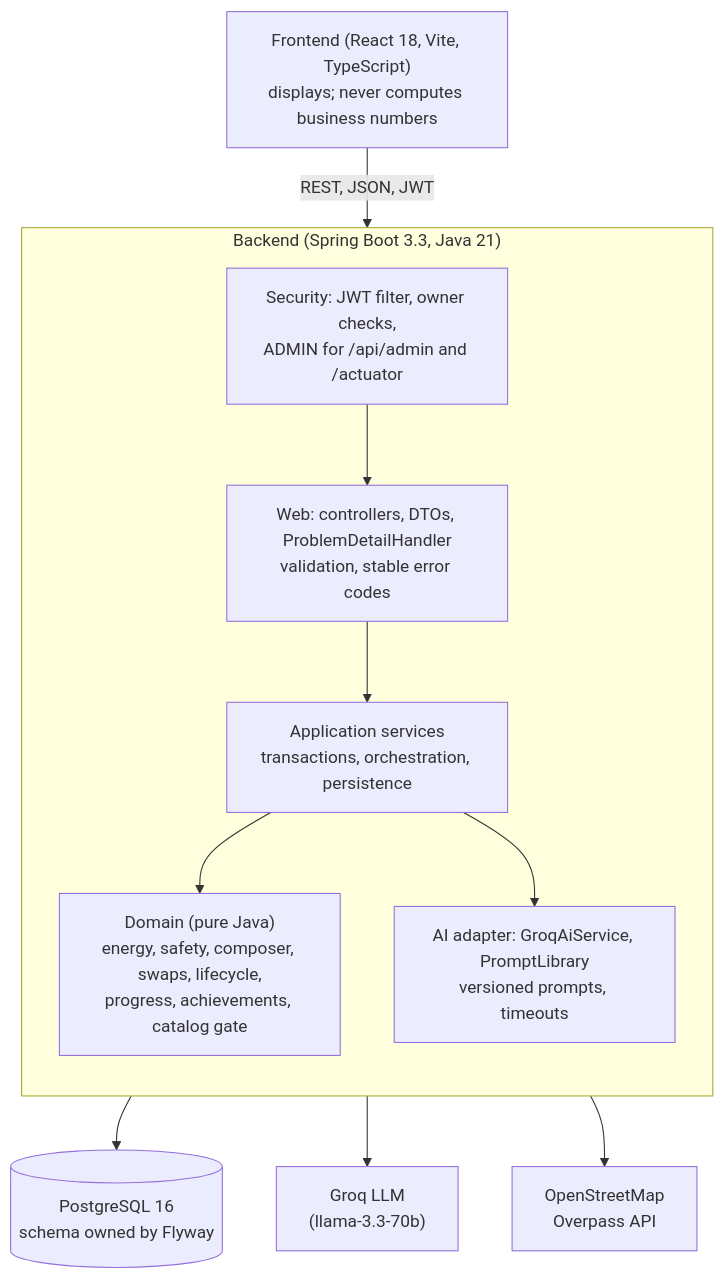
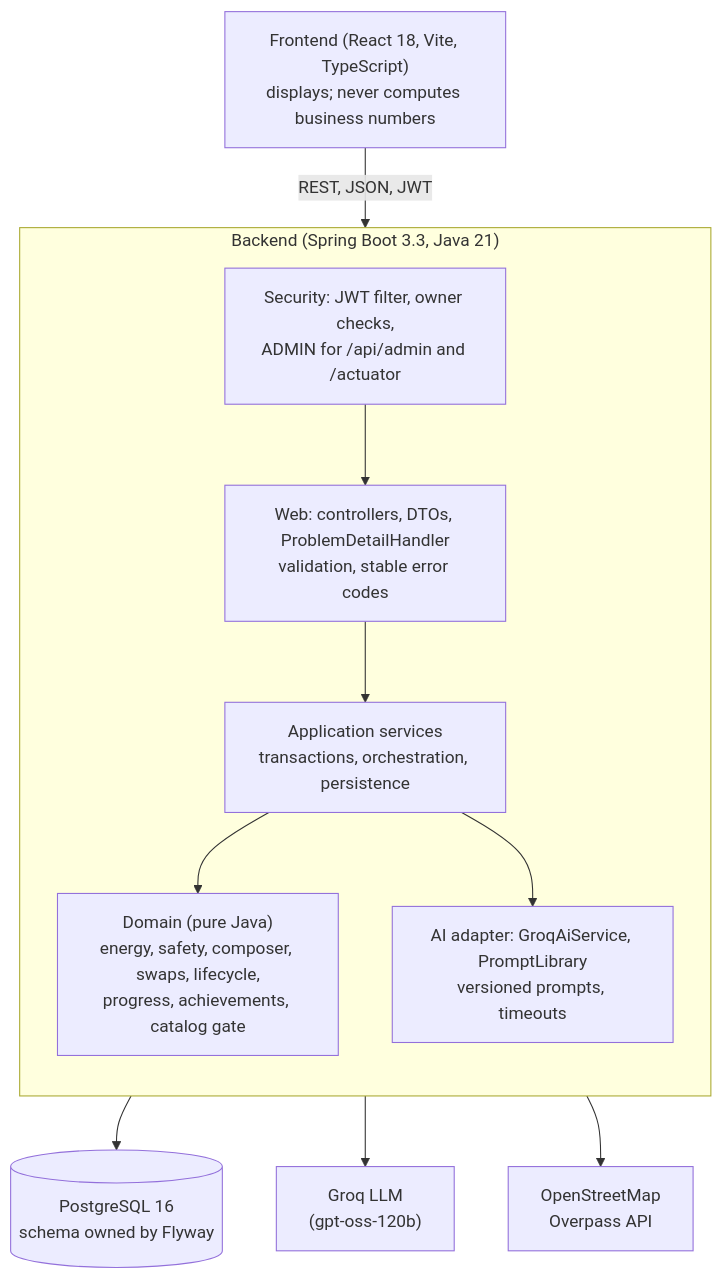
The first of 3 diagrams in docs/uml/class-diagram.md (anassoooo/NutriCook), drawn with Mermaid before and after one commit. The commit also changed 5 other files, not shown here.

Commit message:
fix(ai): switch to openai/gpt-oss-120b after Groq retired llama-3.3-70b-versatile

````diff
--- a/docs/uml/class-diagram.md
+++ b/docs/uml/class-diagram.md
@@ -13,21 +13,21 @@
 ```mermaid
 flowchart TB
     FE["Frontend (React 18, Vite, TypeScript)<br/>displays; never computes business numbers"]
     subgraph Backend["Backend (Spring Boot 3.3, Java 21)"]
         direction TB
         WEB["Web: controllers, DTOs, ProblemDetailHandler<br/>validation, stable error codes"]
         SEC["Security: JWT filter, owner checks,<br/>ADMIN for /api/admin and /actuator"]
         APP["Application services<br/>transactions, orchestration, persistence"]
         DOM["Domain (pure Java)<br/>energy, safety, composer, swaps, lifecycle,<br/>progress, achievements, catalog gate"]
         AI["AI adapter: GroqAiService, PromptLibrary<br/>versioned prompts, timeouts"]
     end
     DB[("PostgreSQL 16<br/>schema owned by Flyway")]
-    LLM["Groq LLM<br/>(llama-3.3-70b)"]
+    LLM["Groq LLM<br/>(gpt-oss-120b)"]
     OSM["OpenStreetMap<br/>Overpass API"]
 
     FE -->|REST, JSON, JWT| SEC --> WEB --> APP
     APP --> DOM
     APP --> DB
     APP --> AI --> LLM
     APP --> OSM
 ```
````
